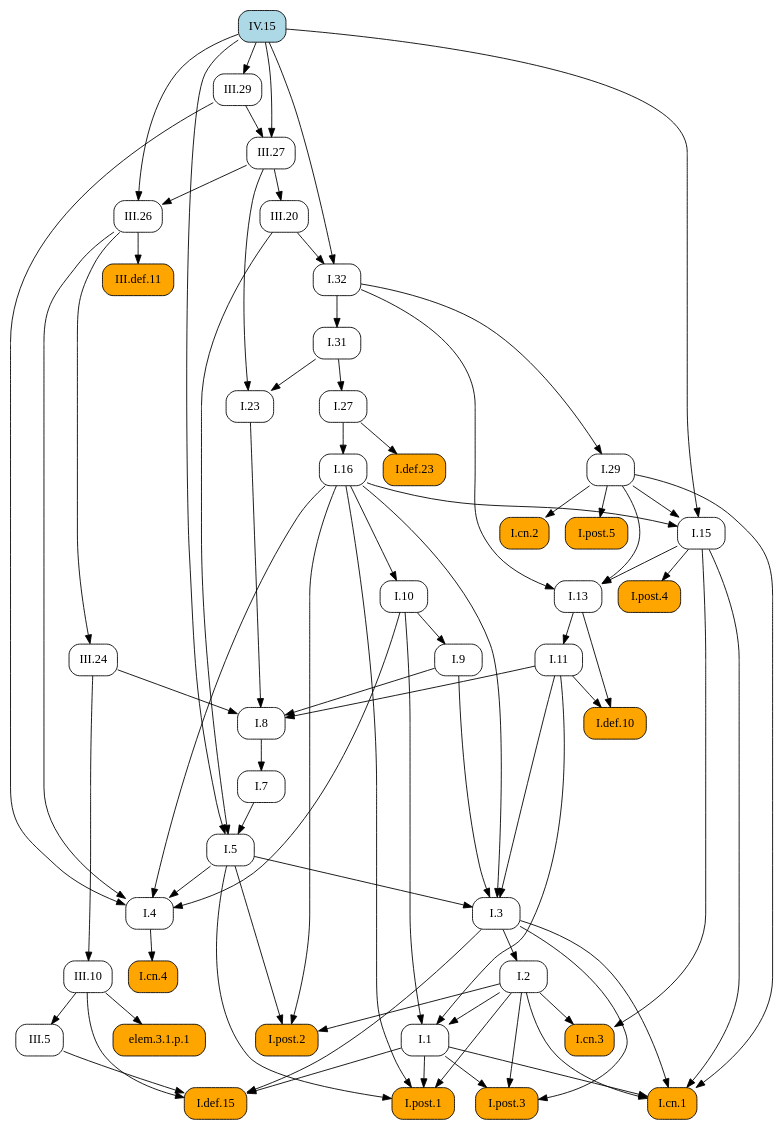
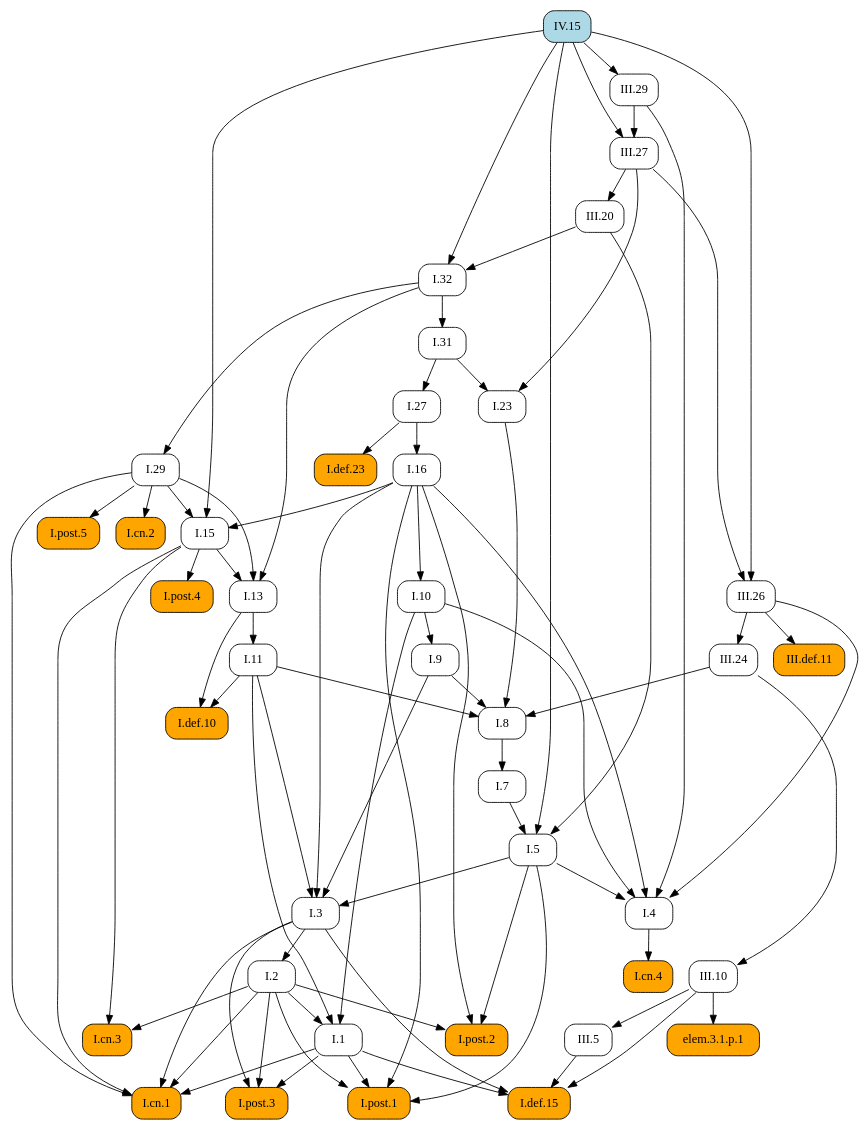
One commit to geometor/elements changed the diagram in docsrc/elements2/IV/15/index.rst. Above: the diagram before and after it, drawn with Graphviz. The commit also changed other lines of this file and 171 other files, not shown here.

```diff
--- a/docsrc/elements2/IV/15/index.rst
+++ b/docsrc/elements2/IV/15/index.rst
@@ -127,121 +127,121 @@
    digraph {
      rankdir="TB";
      node [shape=box, style=rounded];
+     "I.8" [URL="/elements2/I/8/", target="_top"];
+     "I.32" [URL="/elements2/I/32/", target="_top"];
+     "III.27" [URL="/elements2/III/27/", target="_top"];
+     "I.post.1" [style="rounded,filled", fillcolor=orange, URL="/elements2/I/post.1/", target="_top"];
+     "I.5" [URL="/elements2/I/5/", target="_top"];
+     "I.post.5" [style="rounded,filled", fillcolor=orange, URL="/elements2/I/post.5/", target="_top"];
+     "III.29" [URL="/elements2/III/29/", target="_top"];
+     "I.def.10" [style="rounded,filled", fillcolor=orange, URL="/elements2/I/def.10/", target="_top"];
+     "I.cn.2" [style="rounded,filled", fillcolor=orange, URL="/elements2/I/cn.2/", target="_top"];
+     "I.def.15" [style="rounded,filled", fillcolor=orange, URL="/elements2/I/def.15/", target="_top"];
+     "I.31" [URL="/elements2/I/31/", target="_top"];
+     "I.11" [URL="/elements2/I/11/", target="_top"];
+     "III.def.11" [style="rounded,filled", fillcolor=orange, URL="/elements2/III/def.11/", target="_top"];
+     "I.3" [URL="/elements2/I/3/", target="_top"];
+     "I.post.2" [style="rounded,filled", fillcolor=orange, URL="/elements2/I/post.2/", target="_top"];
      "III.24" [URL="/elements2/III/24/", target="_top"];
-     "III.def.11" [style="rounded,filled", fillcolor=orange, URL="/elements2/III/def.11/", target="_top"];
-     "I.def.10" [style="rounded,filled", fillcolor=orange, URL="/elements2/I/def.10/", target="_top"];
-     "I.32" [URL="/elements2/I/32/", target="_top"];
-     "III.29" [URL="/elements2/III/29/", target="_top"];
-     "I.def.15" [style="rounded,filled", fillcolor=orange, URL="/elements2/I/def.15/", target="_top"];
+     "III.10" [URL="/elements2/III/10/", target="_top"];
+     "I.def.23" [style="rounded,filled", fillcolor=orange, URL="/elements2/I/def.23/", target="_top"];
+     "I.cn.3" [style="rounded,filled", fillcolor=orange, URL="/elements2/I/cn.3/", target="_top"];
      "I.cn.4" [style="rounded,filled", fillcolor=orange, URL="/elements2/I/cn.4/", target="_top"];
-     "I.post.3" [style="rounded,filled", fillcolor=orange, URL="/elements2/I/post.3/", target="_top"];
+     "I.1" [URL="/elements2/I/1/", target="_top"];
+     "III.5" [URL="/elements2/III/5/", target="_top"];
+     "III.20" [URL="/elements2/III/20/", target="_top"];
+     "I.7" [URL="/elements2/I/7/", target="_top"];
+     "III.26" [URL="/elements2/III/26/", target="_top"];
+     "I.9" [URL="/elements2/I/9/", target="_top"];
+     "elem.3.1.p.1" [style="rounded,filled", fillcolor=orange];
+     "I.cn.1" [style="rounded,filled", fillcolor=orange, URL="/elements2/I/cn.1/", target="_top"];
+     "I.29" [URL="/elements2/I/29/", target="_top"];
+     "I.post.4" [style="rounded,filled", fillcolor=orange, URL="/elements2/I/post.4/", target="_top"];
+     "I.16" [URL="/elements2/I/16/", target="_top"];
+     "I.13" [URL="/elements2/I/13/", target="_top"];
      "IV.15" [style="rounded,filled", fillcolor=lightblue, URL="/elements2/IV/15/", target="_top"];
+     "I.2" [URL="/elements2/I/2/", target="_top"];
      "I.27" [URL="/elements2/I/27/", target="_top"];
-     "I.post.2" [style="rounded,filled", fillcolor=orange, URL="/elements2/I/post.2/", target="_top"];
-     "I.13" [URL="/elements2/I/13/", target="_top"];
-     "elem.3.1.p.1" [style="rounded,filled", fillcolor=orange];
+     "I.4" [URL="/elements2/I/4/", target="_top"];
      "I.10" [URL="/elements2/I/10/", target="_top"];
-     "I.post.1" [style="rounded,filled", fillcolor=orange, URL="/elements2/I/post.1/", target="_top"];
-     "I.7" [URL="/elements2/I/7/", target="_top"];
-     "III.27" [URL="/elements2/III/27/", target="_top"];
-     "I.11" [URL="/elements2/I/11/", target="_top"];
-     "I.4" [URL="/elements2/I/4/", target="_top"];
-     "I.16" [URL="/elements2/I/16/", target="_top"];
-     "I.def.23" [style="rounded,filled", fillcolor=orange, URL="/elements2/I/def.23/", target="_top"];
-     "I.9" [URL="/elements2/I/9/", target="_top"];
-     "I.2" [URL="/elements2/I/2/", target="_top"];
-     "I.cn.2" [style="rounded,filled", fillcolor=orange, URL="/elements2/I/cn.2/", target="_top"];
      "I.15" [URL="/elements2/I/15/", target="_top"];
      "I.23" [URL="/elements2/I/23/", target="_top"];
-     "I.post.5" [style="rounded,filled", fillcolor=orange, URL="/elements2/I/post.5/", target="_top"];
-     "I.8" [URL="/elements2/I/8/", target="_top"];
-     "III.20" [URL="/elements2/III/20/", target="_top"];
-     "III.10" [URL="/elements2/III/10/", target="_top"];
-     "I.1" [URL="/elements2/I/1/", target="_top"];
-     "I.31" [URL="/elements2/I/31/", target="_top"];
-     "III.5" [URL="/elements2/III/5/", target="_top"];
-     "I.post.4" [style="rounded,filled", fillcolor=orange, URL="/elements2/I/post.4/", target="_top"];
-     "III.26" [URL="/elements2/III/26/", target="_top"];
-     "I.cn.1" [style="rounded,filled", fillcolor=orange, URL="/elements2/I/cn.1/", target="_top"];
-     "I.3" [URL="/elements2/I/3/", target="_top"];
-     "I.cn.3" [style="rounded,filled", fillcolor=orange, URL="/elements2/I/cn.3/", target="_top"];
-     "I.29" [URL="/elements2/I/29/", target="_top"];
-     "I.5" [URL="/elements2/I/5/", target="_top"];
-     "III.26" -> "III.24";
-     "III.26" -> "III.def.11";
+     "I.post.3" [style="rounded,filled", fillcolor=orange, URL="/elements2/I/post.3/", target="_top"];
+     "I.9" -> "I.8";
+     "I.11" -> "I.8";
+     "I.23" -> "I.8";
+     "III.24" -> "I.8";
+     "III.20" -> "I.32";
+     "IV.15" -> "I.32";
+     "III.29" -> "III.27";
+     "IV.15" -> "III.27";
+     "I.1" -> "I.post.1";
+     "I.2" -> "I.post.1";
+     "I.5" -> "I.post.1";
+     "I.16" -> "I.post.1";
+     "I.7" -> "I.5";
+     "III.20" -> "I.5";
+     "IV.15" -> "I.5";
+     "I.29" -> "I.post.5";
+     "IV.15" -> "III.29";
      "I.11" -> "I.def.10";
      "I.13" -> "I.def.10";
-     "III.20" -> "I.32";
-     "IV.15" -> "I.32";
-     "IV.15" -> "III.29";
+     "I.29" -> "I.cn.2";
      "I.1" -> "I.def.15";
      "I.3" -> "I.def.15";
      "III.5" -> "I.def.15";
      "III.10" -> "I.def.15";
-     "I.4" -> "I.cn.4";
-     "I.1" -> "I.post.3";
-     "I.2" -> "I.post.3";
-     "I.3" -> "I.post.3";
-     "I.31" -> "I.27";
+     "I.32" -> "I.31";
+     "I.13" -> "I.11";
+     "III.26" -> "III.def.11";
+     "I.5" -> "I.3";
+     "I.9" -> "I.3";
+     "I.11" -> "I.3";
+     "I.16" -> "I.3";
      "I.2" -> "I.post.2";
      "I.5" -> "I.post.2";
      "I.16" -> "I.post.2";
+     "III.26" -> "III.24";
+     "III.24" -> "III.10";
+     "I.27" -> "I.def.23";
+     "I.2" -> "I.cn.3";
+     "I.15" -> "I.cn.3";
+     "I.4" -> "I.cn.4";
+     "I.2" -> "I.1";
+     "I.10" -> "I.1";
+     "I.11" -> "I.1";
+     "III.10" -> "III.5";
+     "III.27" -> "III.20";
+     "I.8" -> "I.7";
+     "III.27" -> "III.26";
+     "IV.15" -> "III.26";
+     "I.10" -> "I.9";
+     "III.10" -> "elem.3.1.p.1";
+     "I.1" -> "I.cn.1";
+     "I.2" -> "I.cn.1";
+     "I.3" -> "I.cn.1";
+     "I.15" -> "I.cn.1";
+     "I.29" -> "I.cn.1";
+     "I.32" -> "I.29";
+     "I.15" -> "I.post.4";
+     "I.27" -> "I.16";
      "I.15" -> "I.13";
      "I.29" -> "I.13";
      "I.32" -> "I.13";
-     "III.10" -> "elem.3.1.p.1";
-     "I.16" -> "I.10";
-     "I.1" -> "I.post.1";
-     "I.2" -> "I.post.1";
-     "I.5" -> "I.post.1";
-     "I.16" -> "I.post.1";
-     "I.8" -> "I.7";
-     "III.29" -> "III.27";
-     "IV.15" -> "III.27";
-     "I.13" -> "I.11";
+     "I.3" -> "I.2";
+     "I.31" -> "I.27";
      "I.5" -> "I.4";
      "I.10" -> "I.4";
      "I.16" -> "I.4";
      "III.26" -> "I.4";
      "III.29" -> "I.4";
-     "I.27" -> "I.16";
-     "I.27" -> "I.def.23";
-     "I.10" -> "I.9";
-     "I.3" -> "I.2";
-     "I.29" -> "I.cn.2";
+     "I.16" -> "I.10";
      "I.16" -> "I.15";
      "I.29" -> "I.15";
      "IV.15" -> "I.15";
      "I.31" -> "I.23";
      "III.27" -> "I.23";
-     "I.29" -> "I.post.5";
-     "I.9" -> "I.8";
-     "I.11" -> "I.8";
-     "I.23" -> "I.8";
-     "III.24" -> "I.8";
-     "III.27" -> "III.20";
-     "III.24" -> "III.10";
-     "I.2" -> "I.1";
-     "I.10" -> "I.1";
-     "I.11" -> "I.1";
-     "I.32" -> "I.31";
-     "III.10" -> "III.5";
-     "I.15" -> "I.post.4";
-     "III.27" -> "III.26";
-     "IV.15" -> "III.26";
-     "I.1" -> "I.cn.1";
-     "I.2" -> "I.cn.1";
-     "I.3" -> "I.cn.1";
-     "I.15" -> "I.cn.1";
-     "I.29" -> "I.cn.1";
-     "I.5" -> "I.3";
-     "I.9" -> "I.3";
-     "I.11" -> "I.3";
-     "I.16" -> "I.3";
-     "I.2" -> "I.cn.3";
-     "I.15" -> "I.cn.3";
-     "I.32" -> "I.29";
-     "I.7" -> "I.5";
-     "III.20" -> "I.5";
-     "IV.15" -> "I.5";
+     "I.1" -> "I.post.3";
+     "I.2" -> "I.post.3";
+     "I.3" -> "I.post.3";
    }
```
